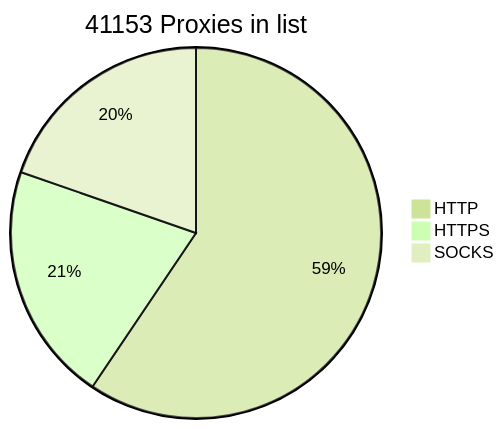
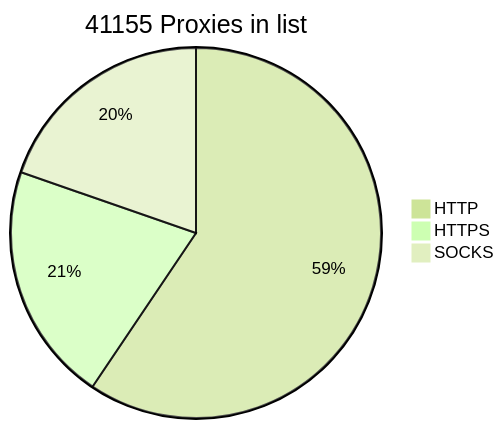
Before and after one commit to BlackSnowDot/proxylist-update-every-minute: the diagram in README.md, drawn with Mermaid (forest theme).

````diff
--- a/README.md
+++ b/README.md
@@ -2,6 +2,6 @@
 ```mermaid
-pie title 41153 Proxies in list
+pie title 41155 Proxies in list
     "HTTP" : 28440
     "HTTPS": 9996
-    "SOCKS" : 9416
+    "SOCKS" : 9418
 ```
````
